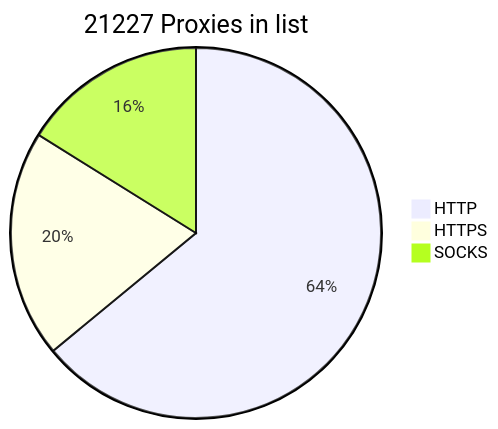
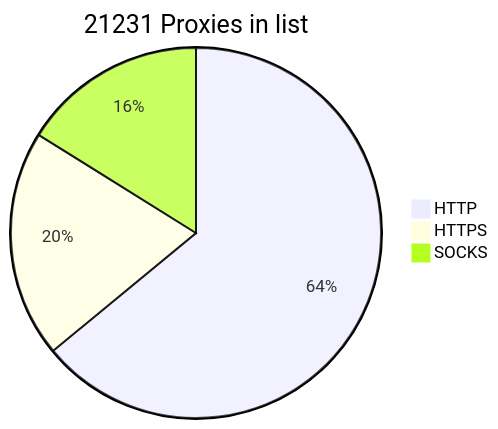
The diagram in README.md (BlackSnowDot/proxylist-update-every-minute), drawn with Mermaid before and after one commit. The commit also changed other lines of this file, not shown here.

````diff
--- a/README.md
+++ b/README.md
@@ -2,6 +2,6 @@
 ```mermaid
-pie title 21227 Proxies in list
-    "HTTP" : 15514
-    "HTTPS": 4810
-    "SOCKS" : 3909
+pie title 21231 Proxies in list
+    "HTTP" : 15524
+    "HTTPS": 4811
+    "SOCKS" : 3910
 ```
````
